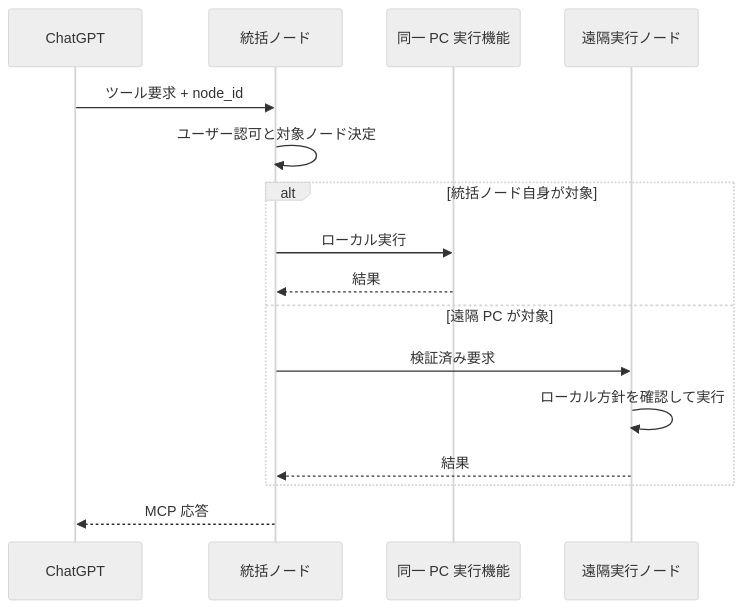
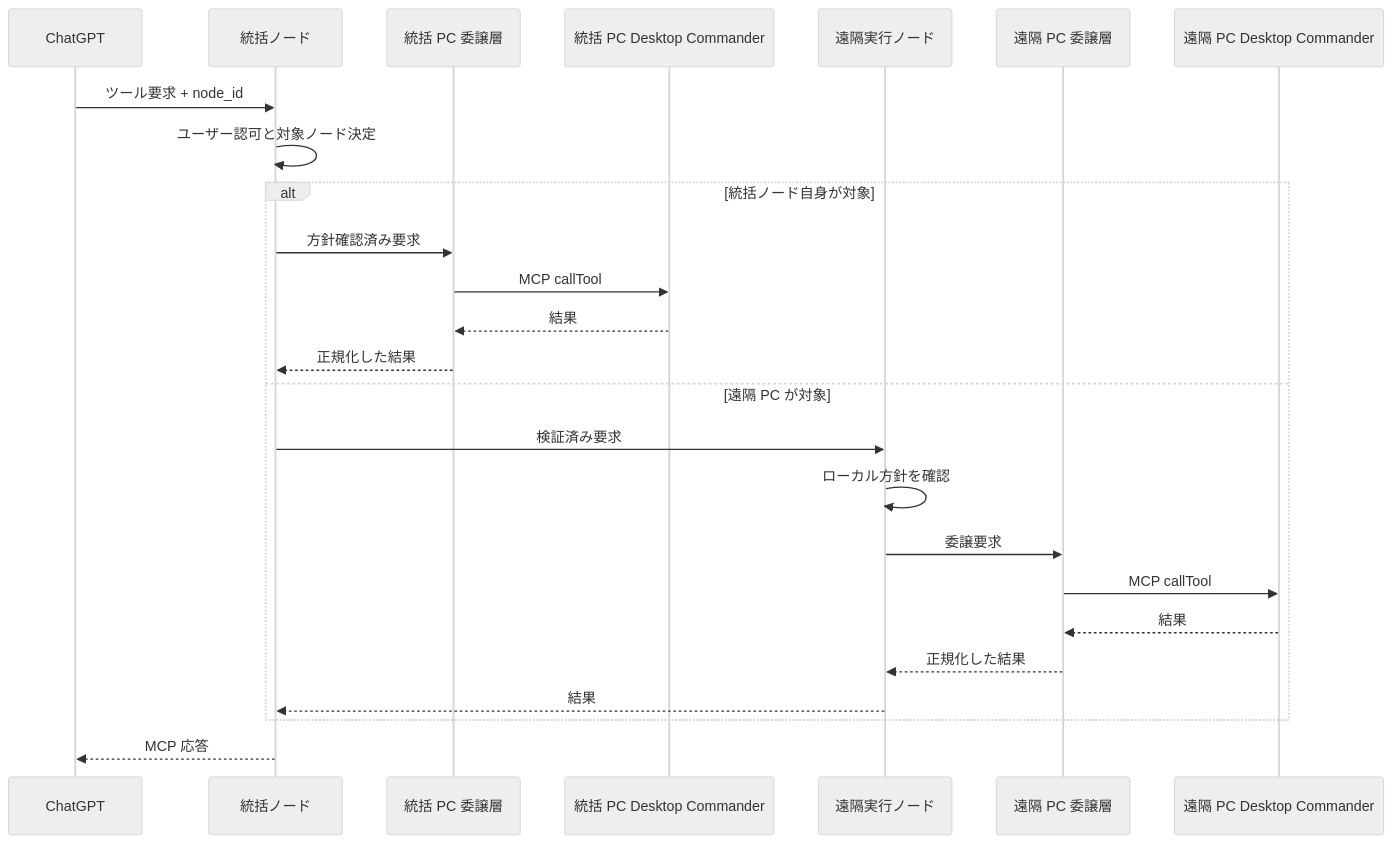
The second of 2 diagrams in doc/design/multi-pc-architecture.md (ssaattww/RemoteDesktopMCP), drawn with Mermaid (neutral theme) before and after one commit. The commit also changed other lines of this file and 2 other files, not shown here.

Commit message:
docs: delegate local operations to Desktop Commander

````diff
--- a/doc/design/multi-pc-architecture.md
+++ b/doc/design/multi-pc-architecture.md
@@ -172,19 +236,28 @@
 ```mermaid
 sequenceDiagram
     participant U as ChatGPT
     participant C as 統括ノード
-    participant L as 同一 PC 実行機能
+    participant LA as 統括 PC 委譲層
+    participant LD as 統括 PC Desktop Commander
     participant R as 遠隔実行ノード
+    participant RA as 遠隔 PC 委譲層
+    participant RD as 遠隔 PC Desktop Commander
 
     U->>C: ツール要求 + node_id
     C->>C: ユーザー認可と対象ノード決定
     alt 統括ノード自身が対象
-        C->>L: ローカル実行
-        L-->>C: 結果
+        C->>LA: 方針確認済み要求
+        LA->>LD: MCP callTool
+        LD-->>LA: 結果
+        LA-->>C: 正規化した結果
     else 遠隔 PC が対象
         C->>R: 検証済み要求
-        R->>R: ローカル方針を確認して実行
+        R->>R: ローカル方針を確認
+        R->>RA: 委譲要求
+        RA->>RD: MCP callTool
+        RD-->>RA: 結果
+        RA-->>R: 正規化した結果
         R-->>C: 結果
     end
     C-->>U: MCP 応答
 ```
````
